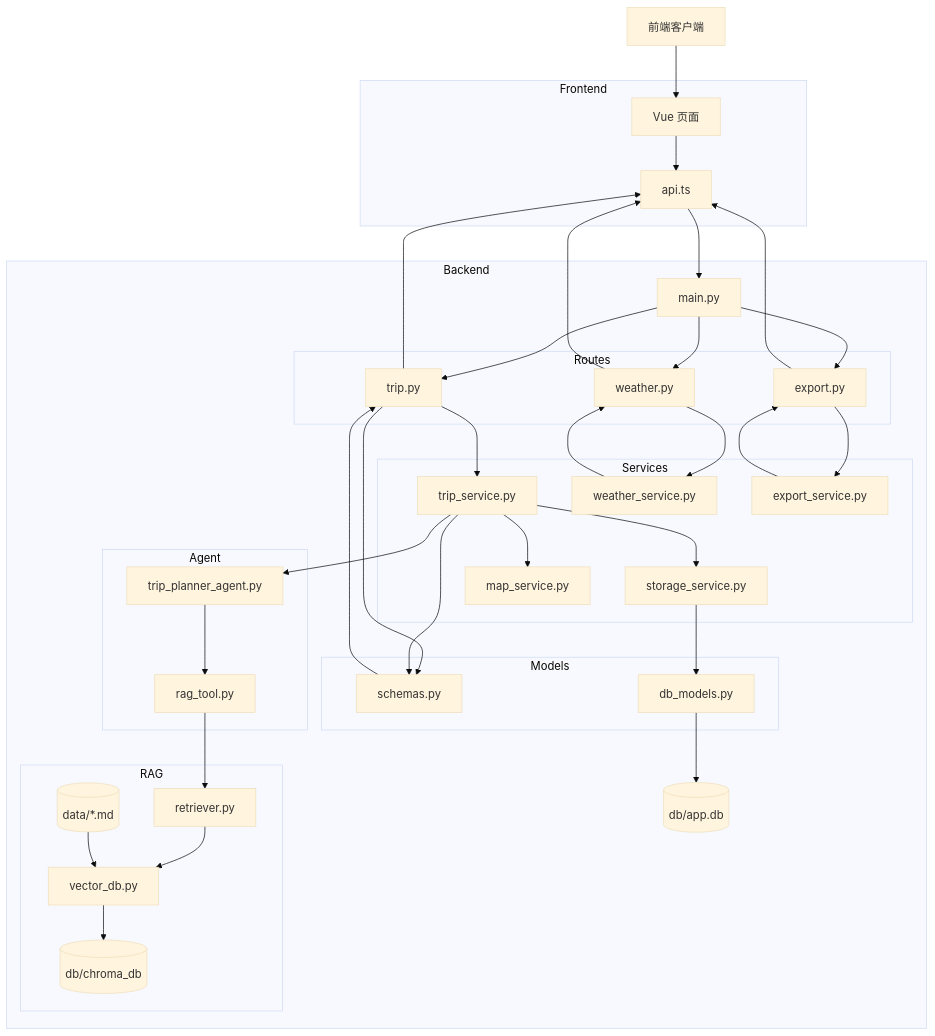
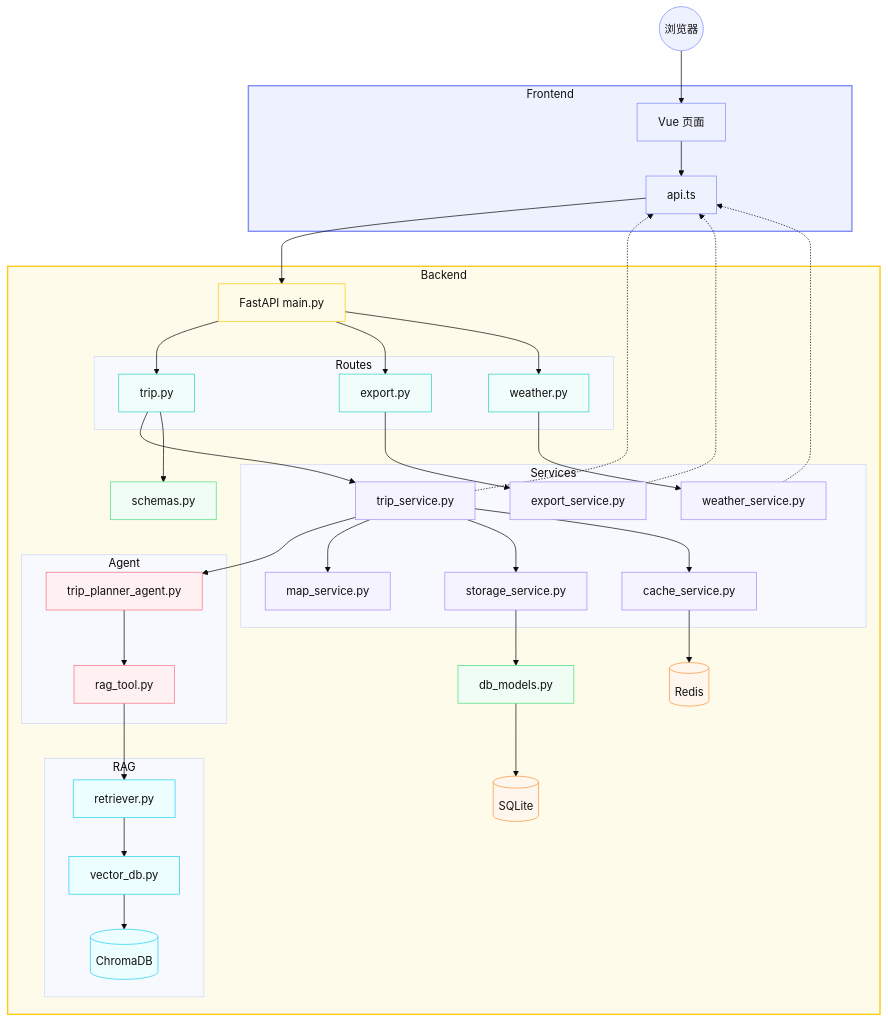
Before and after one commit to xfdcns/zhilv-tianxia: the first of 2 diagrams in README.md, drawn with Mermaid (base theme). The commit also changed other lines of this file and 6 other files, not shown here.

Commit message:
feat: Rerank 缓存优化 + RAG 流程图 + README 更新

````diff
--- a/README.md
+++ b/README.md
@@ -83,76 +90,103 @@
 ```mermaid
 flowchart TD
-    Client[前端客户端]
+    Client(("浏览器"))
 
-    subgraph Frontend[Frontend]
-        FrontApp[Vue 页面]
-        FrontApi[api.ts]
+    %% ------- Frontend -------
+    subgraph Frontend["Frontend"]
+        Vue["Vue 页面"]
+        Api["api.ts"]
     end
+    class Frontend frontendBg;
 
-    subgraph Backend[Backend]
-        MainApp[main.py]
+    %% ------- Backend -------
+    subgraph Backend["Backend"]
+        Main["FastAPI main.py"]
 
-        subgraph Routes[Routes]
-            TripRoute[trip.py]
-            ExportRoute[export.py]
-            WeatherRoute[weather.py]
+        subgraph Routes["Routes"]
+            Trip["trip.py"]
+            Export["export.py"]
+            Weather["weather.py"]
         end
 
-        subgraph Services[Services]
-            TripService[trip_service.py]
-            StorageService[storage_service.py]
-            MapService[map_service.py]
-            WeatherService[weather_service.py]
-            ExportService[export_service.py]
+        subgraph Services["Services"]
+            TripSvc["trip_service.py"]
+            MapSvc["map_service.py"]
+            WeatherSvc["weather_service.py"]
+            ExportSvc["export_service.py"]
+            StorageSvc["storage_service.py"]
+            CacheSvc["cache_service.py"]
         end
 
-        subgraph Agent[Agent]
-            PlannerAgent[trip_planner_agent.py]
-            RagTool[rag_tool.py]
+        subgraph Agent["Agent"]
+            Planner["trip_planner_agent.py"]
+            RagTool["rag_tool.py"]
         end
 
-        subgraph RAG[RAG]
-            Retriever[retriever.py]
-            VectorDB[vector_db.py]
-            ChromaDB[(db/chroma_db)]
-            GuideData[(data/*.md)]
+        subgraph RAG["RAG"]
+            Retriever["retriever.py"]
+            VectorDB["vector_db.py"]
+            ChromaDB[("ChromaDB")]
         end
 
-        subgraph Models[Models]
-            Schemas[schemas.py]
-            DBModels[db_models.py]
-        end
+        Schemas["schemas.py"]
+        DBModels["db_models.py"]
+        Redis[("Redis")]
+        SQLite[("SQLite")]
+    end
+    class Backend backendBg;
 
-        SQLite[(db/app.db)]
-    end
+    %% ------- 主流程（实线） -------
+    Client --> Vue --> Api --> Main
 
-    Client --> FrontApp --> FrontApi --> MainApp
+    Main --> Trip
+    Main --> Export
+    Main --> Weather
 
-    MainApp --> TripRoute
-    MainApp --> ExportRoute
-    MainApp --> WeatherRoute
+    Trip --> TripSvc
+    Trip --> Schemas
+    Weather --> WeatherSvc
+    Export --> ExportSvc
 
-    TripRoute --> Schemas
-    TripRoute --> TripService
-    WeatherRoute --> WeatherService
-    ExportRoute --> ExportService
+    TripSvc --> Planner
+    TripSvc --> MapSvc
+    TripSvc --> StorageSvc
+    TripSvc --> CacheSvc
 
-    TripService --> PlannerAgent
-    TripService --> MapService
-    TripService --> StorageService
-    TripService --> Schemas
+    Planner --> RagTool
+    RagTool --> Retriever
+    Retriever --> VectorDB
+    VectorDB --> ChromaDB
 
-    PlannerAgent --> RagTool
-    RagTool --> Retriever --> VectorDB --> ChromaDB
-    GuideData --> VectorDB
+    CacheSvc --> Redis
+    StorageSvc --> DBModels
+    DBModels --> SQLite
 
-    StorageService --> DBModels --> SQLite
+    %% ------- 返回路径（虚线） -------
+    TripSvc -.-> Api
+    WeatherSvc -.-> Api
+    ExportSvc -.-> Api
 
-    Schemas --> TripRoute
-    WeatherService --> WeatherRoute
-    ExportService --> ExportRoute
+    %% ------- Colors -------
+    classDef frontend fill:#eef2ff,stroke:#818cf8,color:#111;
+    classDef backend fill:#fefce8,stroke:#facc15,color:#111;
+    classDef routes fill:#f0fdfa,stroke:#2dd4bf,color:#111;
+    classDef services fill:#f5f3ff,stroke:#a78bfa,color:#111;
+    classDef agent fill:#fff1f2,stroke:#fb7185,color:#111;
+    classDef rag fill:#ecfeff,stroke:#22d3ee,color:#111;
+    classDef data fill:#f0fdf4,stroke:#4ade80,color:#111;
+    classDef storage fill:#fff7ed,stroke:#fb923c,color:#111;
 
-    TripRoute --> FrontApi
-    WeatherRoute --> FrontApi
-    ExportRoute --> FrontApi
+    %% 背景框颜色（Frontend、Backend）
+    classDef frontendBg fill:#eef2ff,stroke:#818cf8,stroke-width:2px,color:#111;
+    classDef backendBg fill:#fffbea,stroke:#facc15,stroke-width:2px,color:#111;
+
+    %% ------- Assign Colors -------
+    class Client,Vue,Api frontend;
+    class Main backend;
+    class Trip,Export,Weather routes;
+    class TripSvc,MapSvc,WeatherSvc,ExportSvc,StorageSvc,CacheSvc services;
+    class Planner,RagTool agent;
+    class Retriever,VectorDB,ChromaDB rag;
+    class Schemas,DBModels data;
+    class Redis,SQLite storage;
 ```
````
